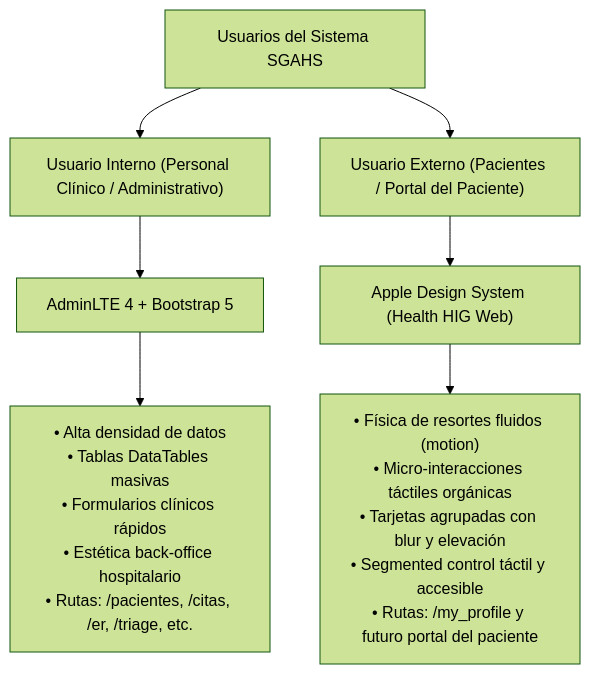
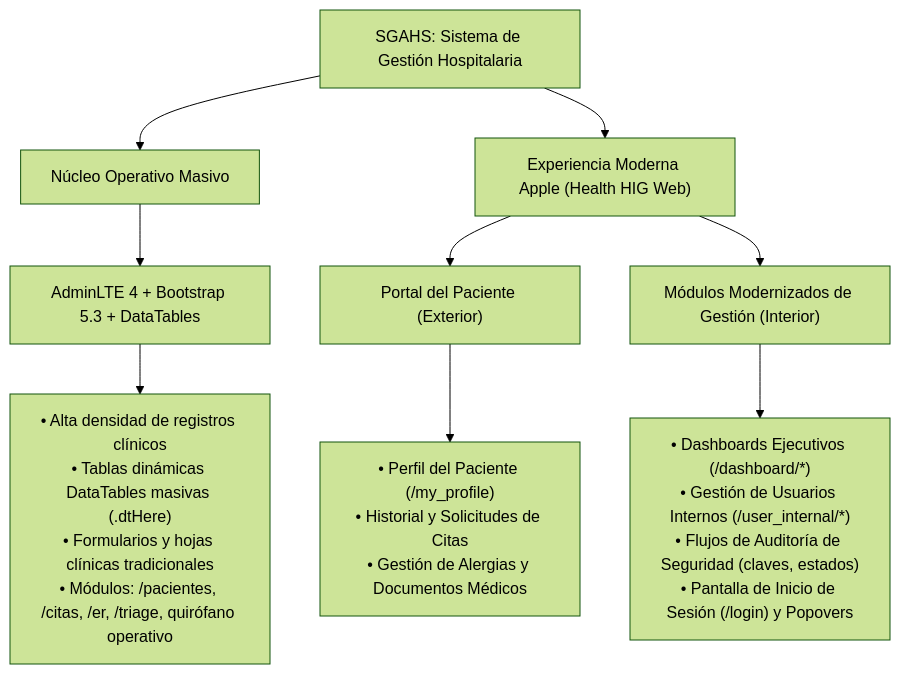
One commit to williamssuarez/SGAHS7.3WEc changed the diagram in STACK_VISUAL.md. Above: the diagram before and after it, drawn with Mermaid (forest theme). The commit also changed other lines of this file and 72 other files, not shown here.

````diff
--- a/STACK_VISUAL.md
+++ b/STACK_VISUAL.md
@@ -12,11 +12,15 @@
 ```mermaid
 graph TD
-    User["Usuarios del Sistema SGAHS"] --> Internal["Usuario Interno (Personal Clínico / Administrativo)"]
-    User --> External["Usuario Externo (Pacientes / Portal del Paciente)"]
+    User["SGAHS: Sistema de Gestión Hospitalaria"] --> OpsCore["Núcleo Operativo Masivo"]
+    User --> ModernExp["Experiencia Moderna Apple (Health HIG Web)"]
     
-    Internal --> IntStack["AdminLTE 4 + Bootstrap 5"]
-    IntStack --> IntDesc["• Alta densidad de datos\n• Tablas DataTables masivas\n• Formularios clínicos rápidos\n• Estética back-office hospitalario\n• Rutas: /pacientes, /citas, /er, /triage, etc."]
+    OpsCore --> IntStack["AdminLTE 4 + Bootstrap 5.3 + DataTables"]
+    IntStack --> IntDesc["• Alta densidad de registros clínicos\n• Tablas dinámicas DataTables masivas (.dtHere)\n• Formularios y hojas clínicas tradicionales\n• Módulos: /pacientes, /citas, /er, /triage, quirófano operativo"]
     
-    External --> ExtStack["Apple Design System (Health HIG Web)"]
-    ExtStack --> ExtDesc["• Física de resortes fluidos (motion)\n• Micro-interacciones táctiles orgánicas\n• Tarjetas agrupadas con blur y elevación\n• Segmented control táctil y accesible\n• Rutas: /my_profile y futuro portal del paciente"]
+    ModernExp --> ExtPortal["Portal del Paciente (Exterior)"]
+    ModernExp --> ModernAdmin["Módulos Modernizados de Gestión (Interior)"]
+    
+    ExtPortal --> ExtDesc["• Perfil del Paciente (/my_profile)\n• Historial y Solicitudes de Citas\n• Gestión de Alergias y Documentos Médicos"]
+    
+    ModernAdmin --> AdminDesc["• Dashboards Ejecutivos (/dashboard/*)\n• Gestión de Usuarios Internos (/user_internal/*)\n• Flujos de Auditoría de Seguridad (claves, estados)\n• Pantalla de Inicio de Sesión (/login) y Popovers"]
 ```
````
